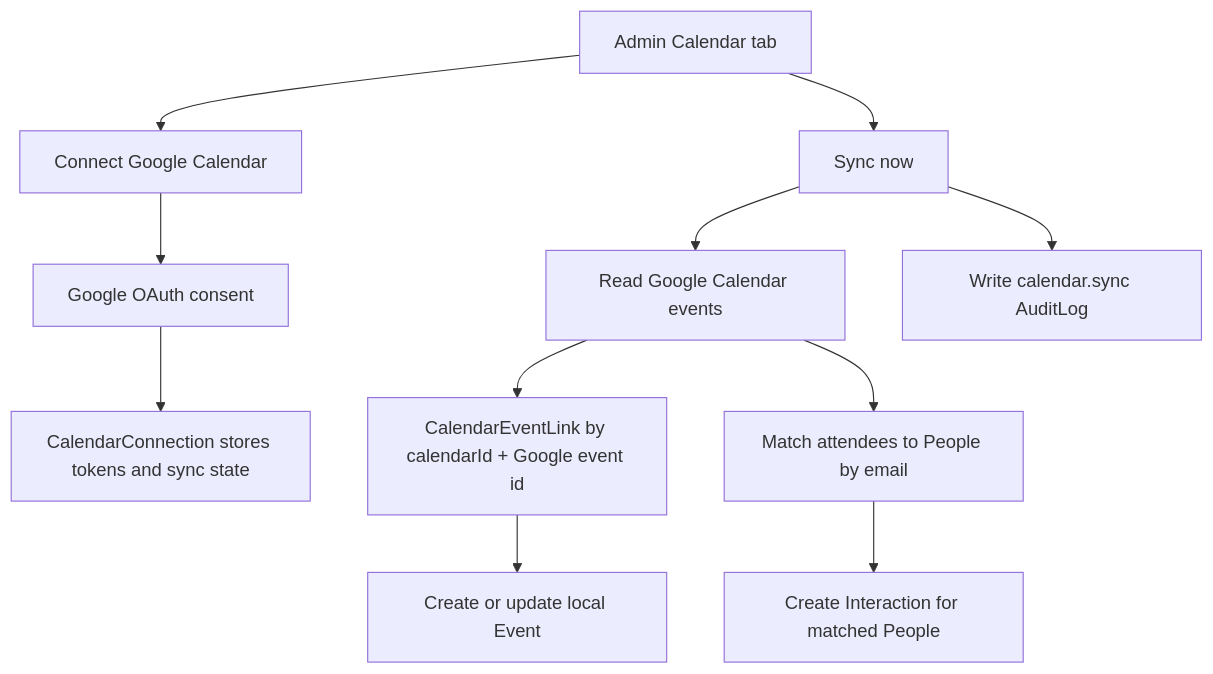
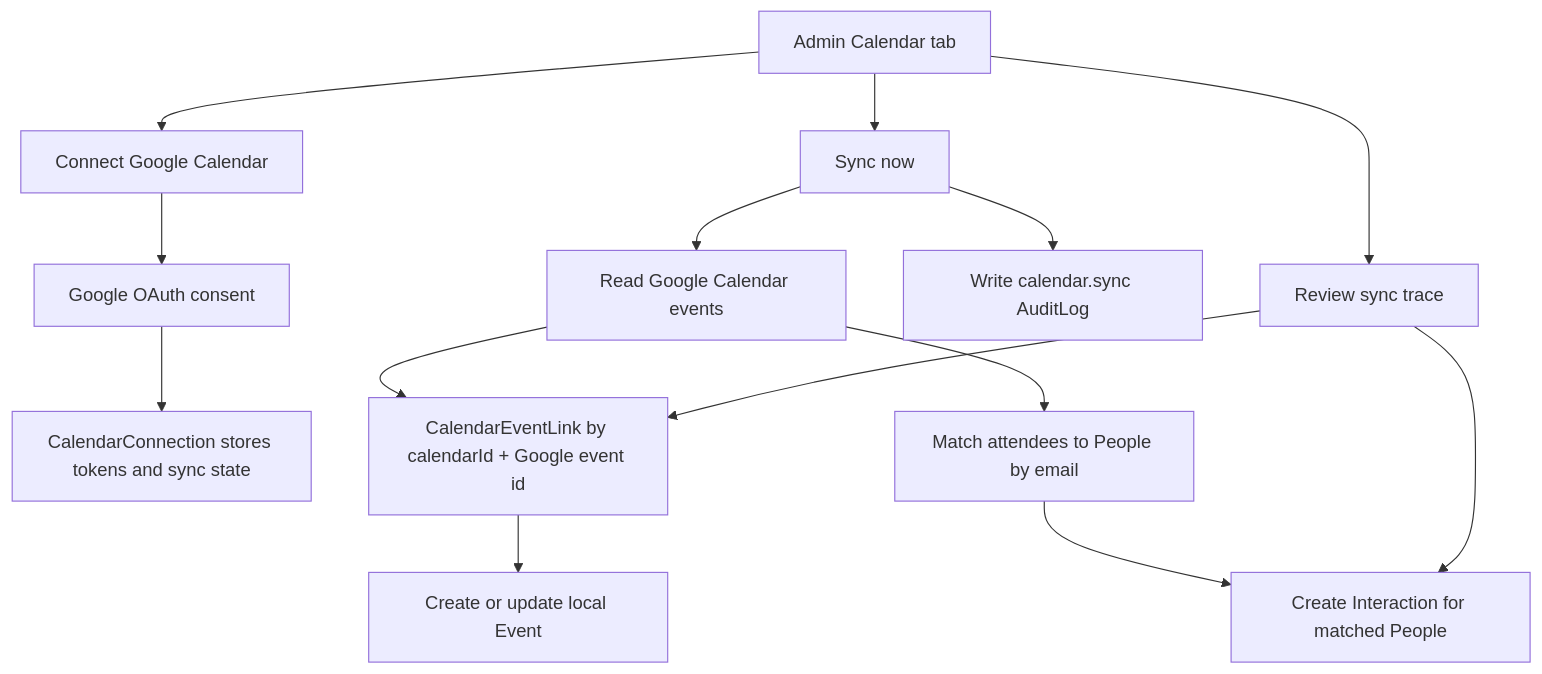
Before and after one commit to josephdfryer/life-os: the sixth of 18 diagrams in docs/PERSONS_ARCHITECTURE.md, drawn with Mermaid. The commit also changed other lines of this file and 3 other files, not shown here.

Commit message:
feat: add calendar sync trace

````diff
--- a/docs/PERSONS_ARCHITECTURE.md
+++ b/docs/PERSONS_ARCHITECTURE.md
@@ -183,13 +183,16 @@
 ```mermaid
 flowchart TD
   Admin["Admin Calendar tab"] --> Connect["Connect Google Calendar"]
   Connect --> OAuth["Google OAuth consent"]
   OAuth --> Connection["CalendarConnection stores tokens and sync state"]
   Admin --> Sync["Sync now"]
   Sync --> GoogleEvents["Read Google Calendar events"]
   GoogleEvents --> Link["CalendarEventLink by calendarId + Google event id"]
   Link --> Event["Create or update local Event"]
   GoogleEvents --> Match["Match attendees to People by email"]
   Match --> Interaction["Create Interaction for matched People"]
   Sync --> Audit["Write calendar.sync AuditLog"]
+  Admin --> Trace["Review sync trace"]
+  Trace --> Link
+  Trace --> Interaction
 ```
````
